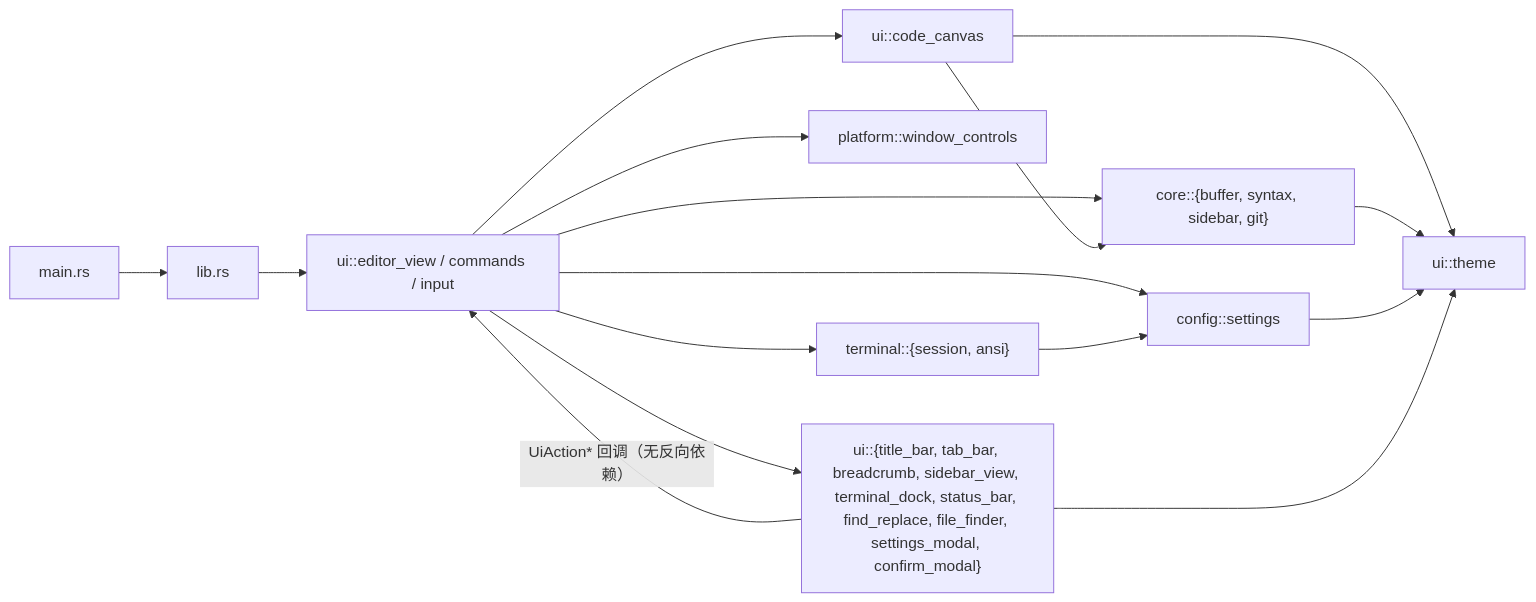
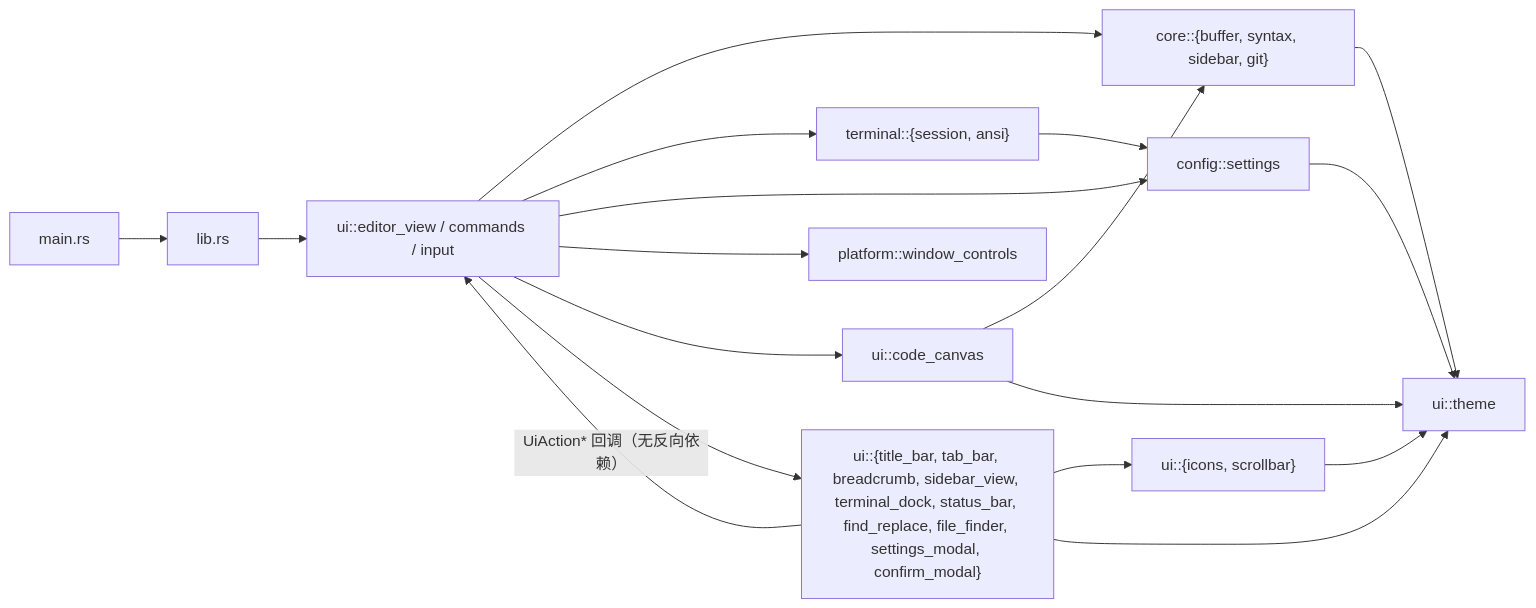
Before and after one commit to bytemvp/bmvp-text: the second of 4 diagrams in docs/architecture.md, drawn with Mermaid. The commit also changed other lines of this file and 22 other files, not shown here.

````diff
--- a/docs/architecture.md
+++ b/docs/architecture.md
@@ -95,20 +97,22 @@
 ```mermaid
 flowchart LR
     main["main.rs"] --> lib["lib.rs"]
     lib --> ev["ui::editor_view / commands / input"]
 
     ev --> core["core::{buffer, syntax, sidebar, git}"]
     ev --> term["terminal::{session, ansi}"]
     ev --> cfg["config::settings"]
     ev --> plat["platform::window_controls"]
     ev --> canvas["ui::code_canvas"]
     ev --> widgets["ui::{title_bar, tab_bar, breadcrumb, sidebar_view, terminal_dock, status_bar, find_replace, file_finder, settings_modal, confirm_modal}"]
 
     widgets -->|"UiAction* 回调（无反向依赖）"| ev
+    widgets --> icons["ui::{icons, scrollbar}"]
+    icons --> theme["ui::theme"]
     canvas --> core
-    canvas --> theme["ui::theme"]
+    canvas --> theme
     core --> theme
     term --> cfg
     cfg --> theme
     widgets --> theme
 ```
````
